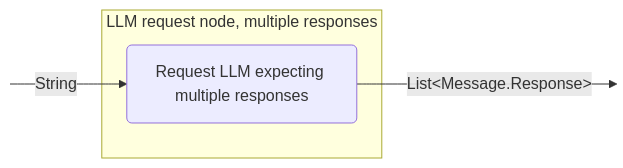
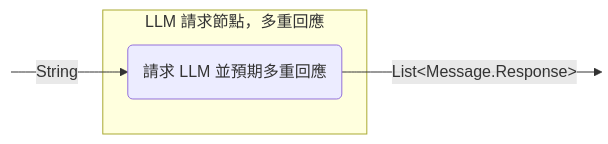
One commit to BinaryTape/Open-Docs changed the ninth of 15 diagrams in docs/zh-Hant/koog/nodes-and-components.md. Above: the diagram before and after it, drawn with Mermaid. The commit also changed other lines of this file and 457 other files, not shown here.

````diff
--- a/docs/zh-Hant/koog/nodes-and-components.md
+++ b/docs/zh-Hant/koog/nodes-and-components.md
@@ -410,13 +405,13 @@
 ```mermaid
 graph LR
     in:::hidden
     out:::hidden
     
-    subgraph node ["LLM request node, multiple responses"]
-        execute(Request LLM expecting multiple responses)
+    subgraph node ["LLM 請求節點，多重回應"]
+        execute(請求 LLM 並預期多重回應)
     end
     
     in --String--> execute -- "List&lt;Message.Response&gt;" --> out
 
     classDef hidden display: none;
 ```
````
